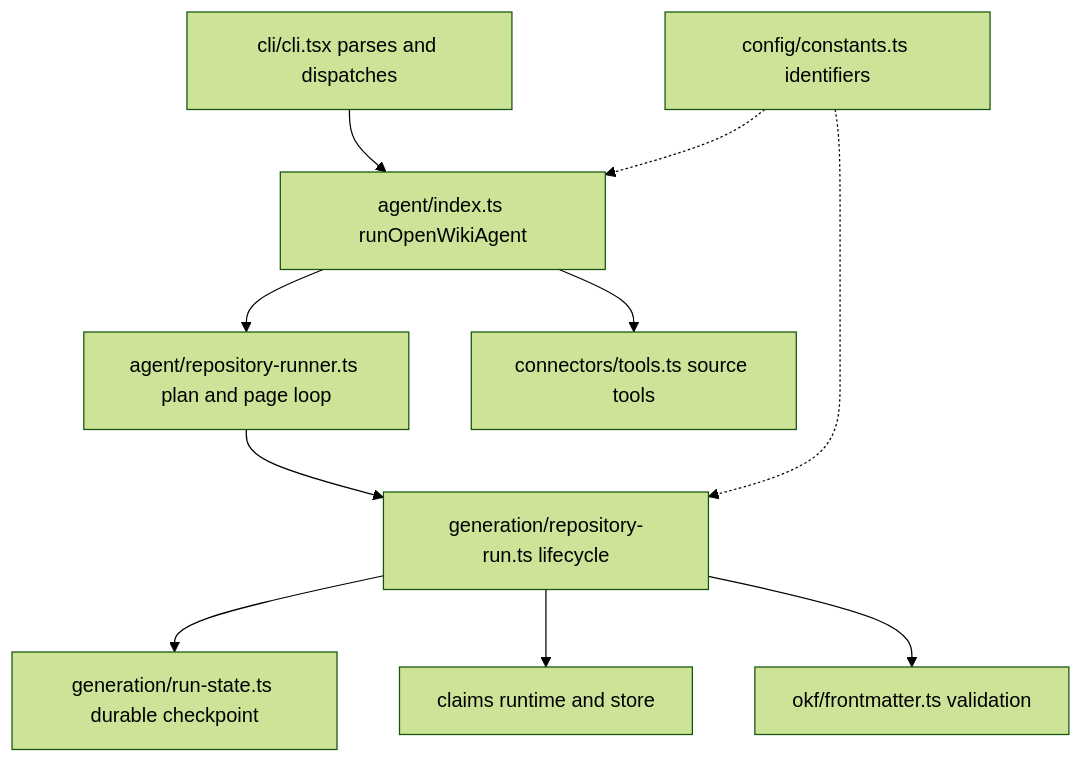
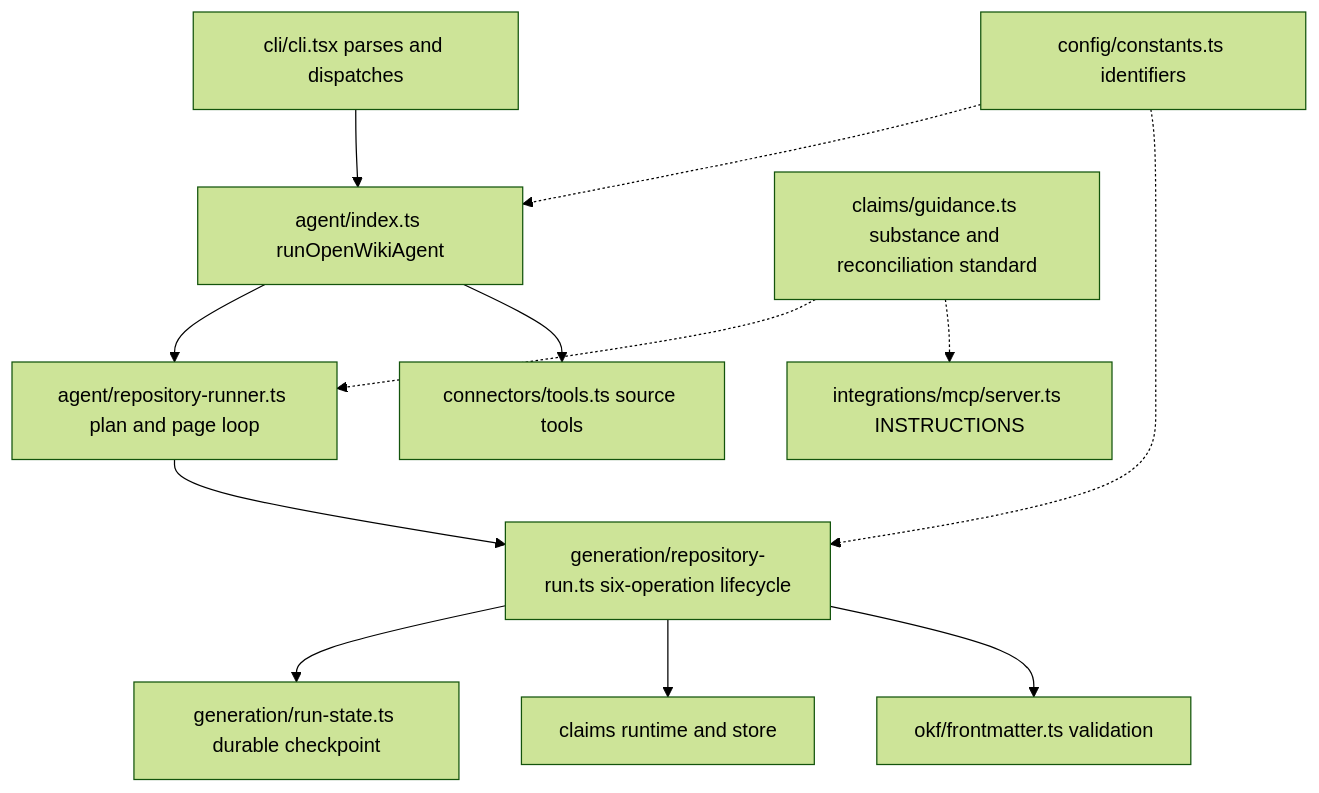
The diagram in openwiki/architecture/source-map.md (langchain-ai/openwiki), drawn with Mermaid (forest theme) before and after one commit. The commit also changed other lines of this file and 21 other files, not shown here.

````diff
--- a/openwiki/architecture/source-map.md
+++ b/openwiki/architecture/source-map.md
@@ -295,12 +341,14 @@
 ```mermaid
 flowchart TD
   CLI["cli/cli.tsx parses and dispatches"] --> Agent["agent/index.ts runOpenWikiAgent"]
   Agent --> Runner["agent/repository-runner.ts plan and page loop"]
-  Runner --> Gen["generation/repository-run.ts lifecycle"]
+  Runner --> Gen["generation/repository-run.ts six-operation lifecycle"]
   Gen --> State["generation/run-state.ts durable checkpoint"]
   Gen --> Claims["claims runtime and store"]
   Gen --> OKF["okf/frontmatter.ts validation"]
+  Guidance["claims/guidance.ts substance and reconciliation standard"] -.-> Runner
+  Guidance -.-> MCP["integrations/mcp/server.ts INSTRUCTIONS"]
   Agent --> Connectors["connectors/tools.ts source tools"]
   Config["config/constants.ts identifiers"] -.-> Agent
   Config -.-> Gen
 ```
````
